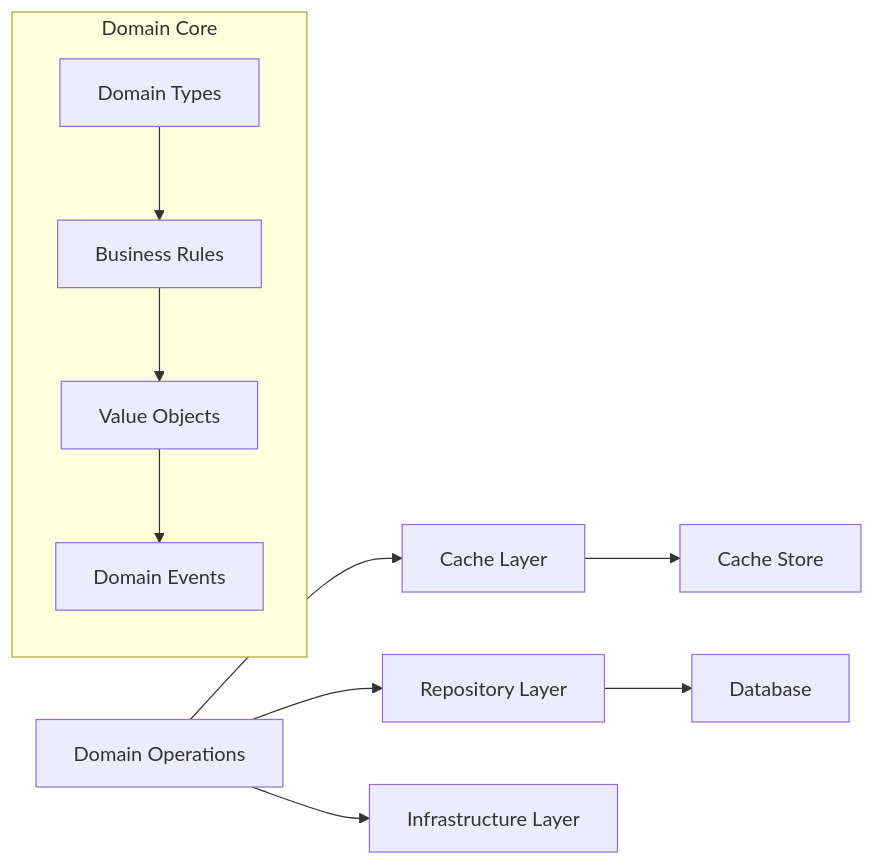
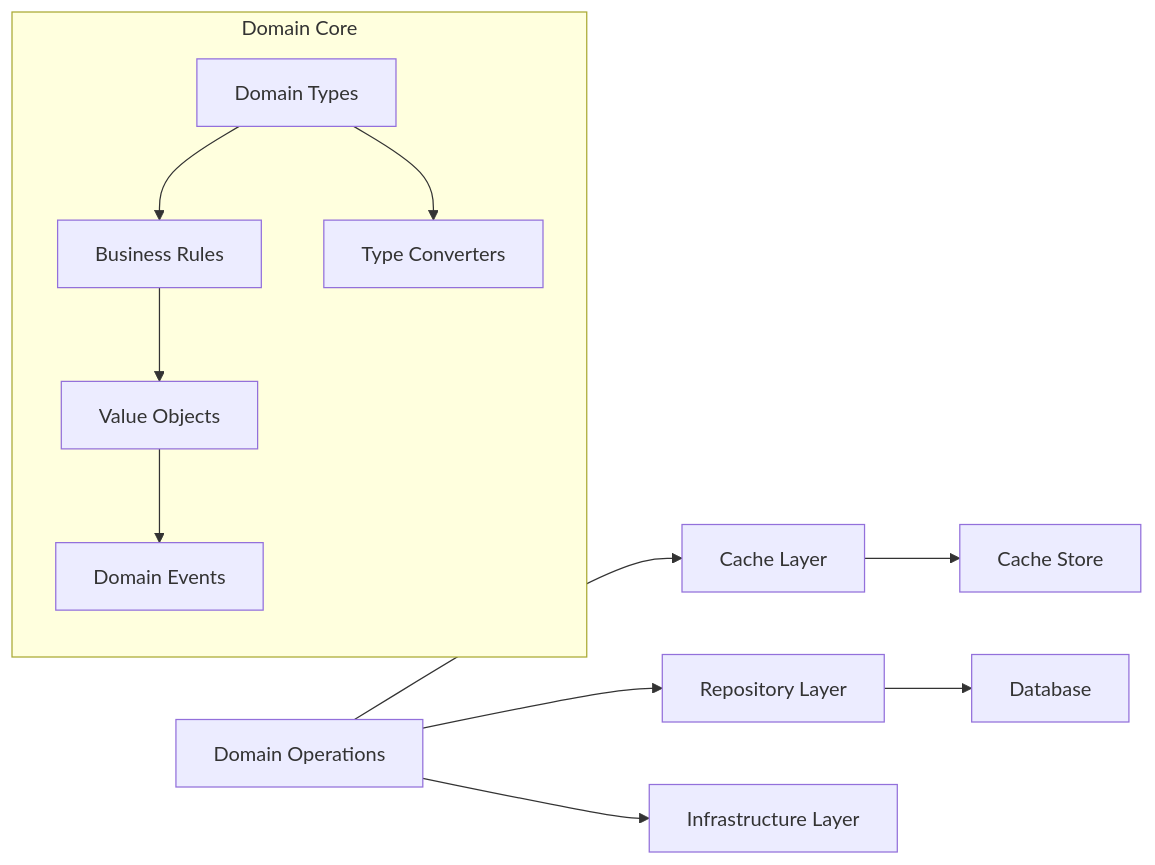
The second of 11 diagrams in documentation/design/Domain_Layer_Design.md (tonglam/letletme_data), drawn with Mermaid before and after one commit. The commit also changed other lines of this file and 15 other files, not shown here.

````diff
--- a/documentation/design/Domain_Layer_Design.md
+++ b/documentation/design/Domain_Layer_Design.md
@@ -32,19 +34,21 @@
 ```mermaid
 graph LR
     A[Domain Operations] --> B[Cache Layer]
     A --> C[Repository Layer]
     A --> D[Infrastructure Layer]
     B --> E[Cache Store]
     C --> F[Database]
 
     subgraph Domain Core
         G[Domain Types]
         H[Business Rules]
         I[Value Objects]
         J[Domain Events]
+        K[Type Converters]
 
         G --> H
         H --> I
         I --> J
+        G --> K
     end
 ```
````
